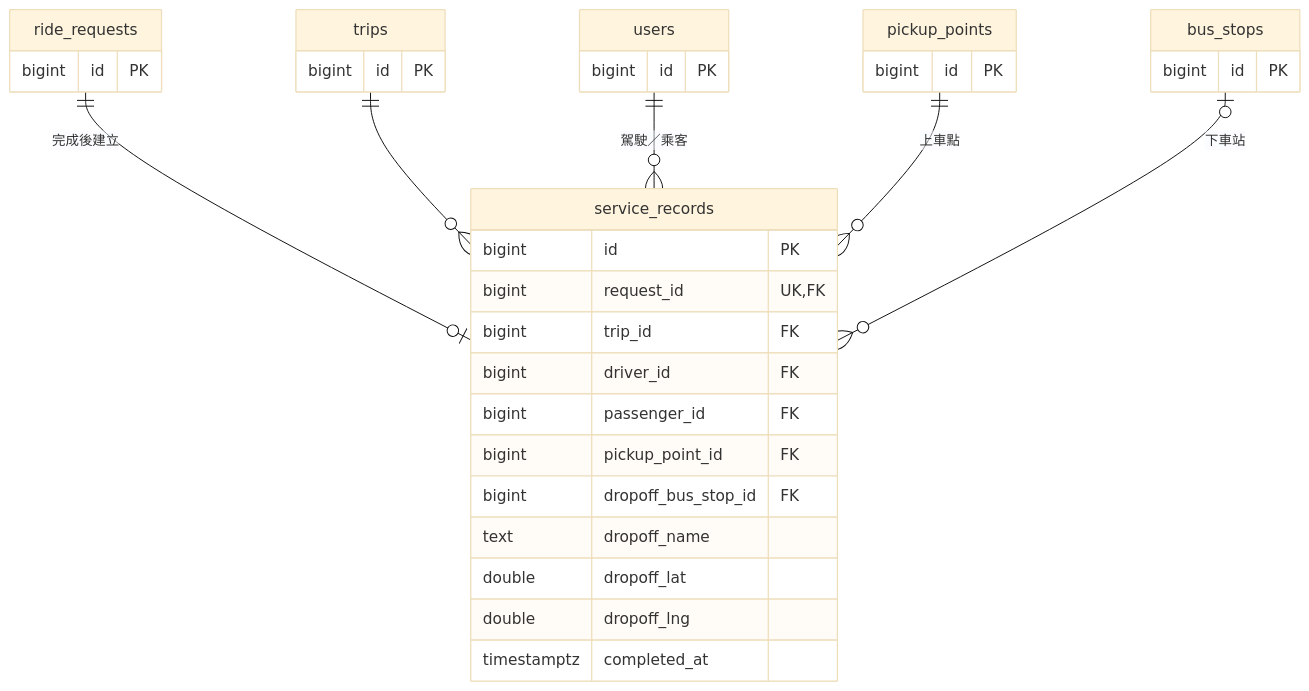
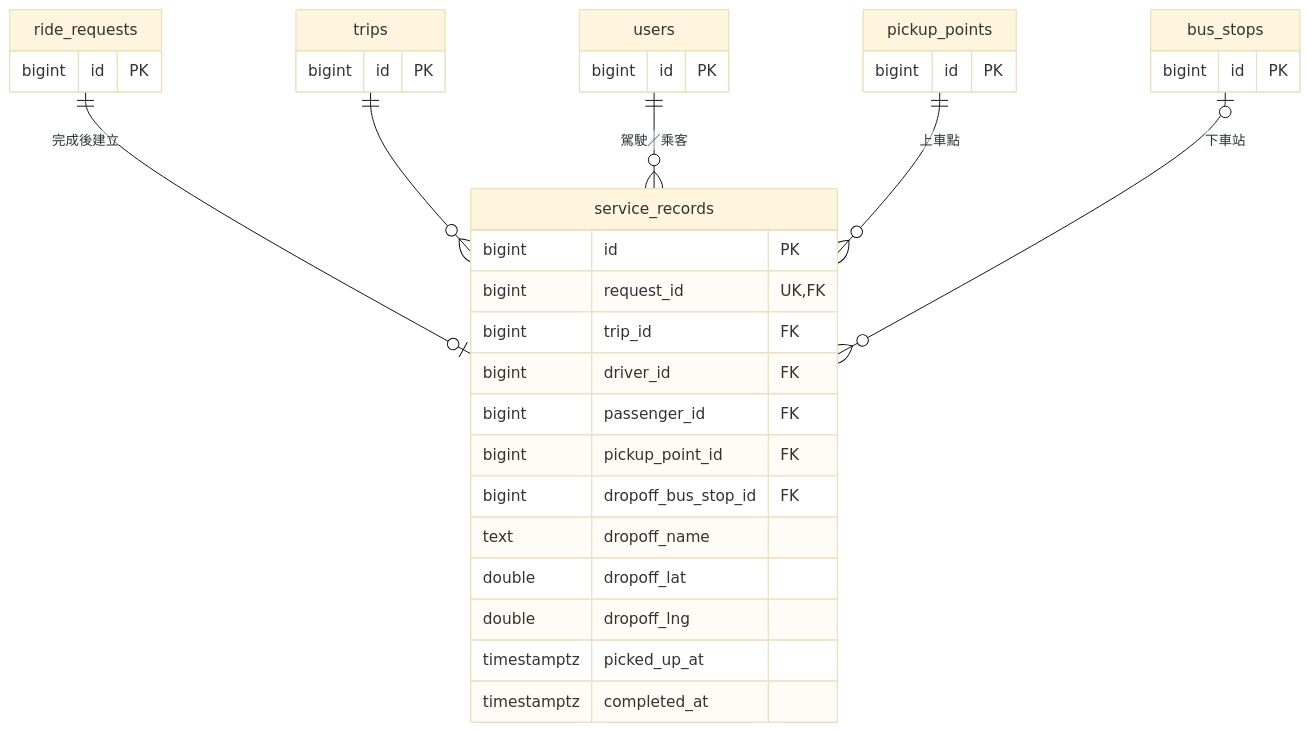
The ninth of 13 diagrams in docs/design.md (sohoffice/debugthon-carpool), drawn with Mermaid (base theme) before and after one commit. The commit also changed other lines of this file and 1 other file, not shown here.

````diff
--- a/docs/design.md
+++ b/docs/design.md
@@ -891,37 +899,38 @@
 ```mermaid
 erDiagram
     ride_requests ||--o| service_records : "完成後建立"
     trips ||--o{ service_records : ""
     users ||--o{ service_records : "駕駛／乘客"
     pickup_points ||--o{ service_records : "上車點"
     bus_stops |o--o{ service_records : "下車站"
 
     service_records {
         bigint id PK
         bigint request_id UK, FK
         bigint trip_id FK
         bigint driver_id FK
         bigint passenger_id FK
         bigint pickup_point_id FK
         bigint dropoff_bus_stop_id FK
         text dropoff_name
         double dropoff_lat
         double dropoff_lng
+        timestamptz picked_up_at
         timestamptz completed_at
     }
     ride_requests {
         bigint id PK
     }
     trips {
         bigint id PK
     }
     users {
         bigint id PK
     }
     pickup_points {
         bigint id PK
     }
     bus_stops {
         bigint id PK
     }
 ```
````
